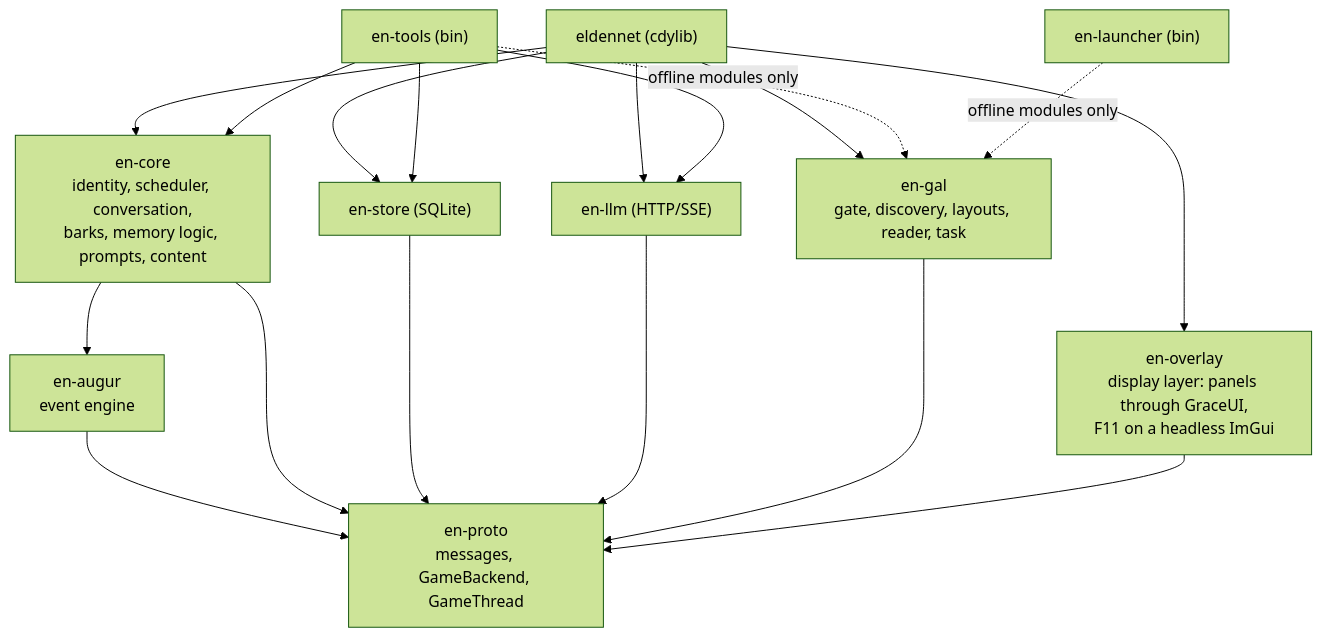
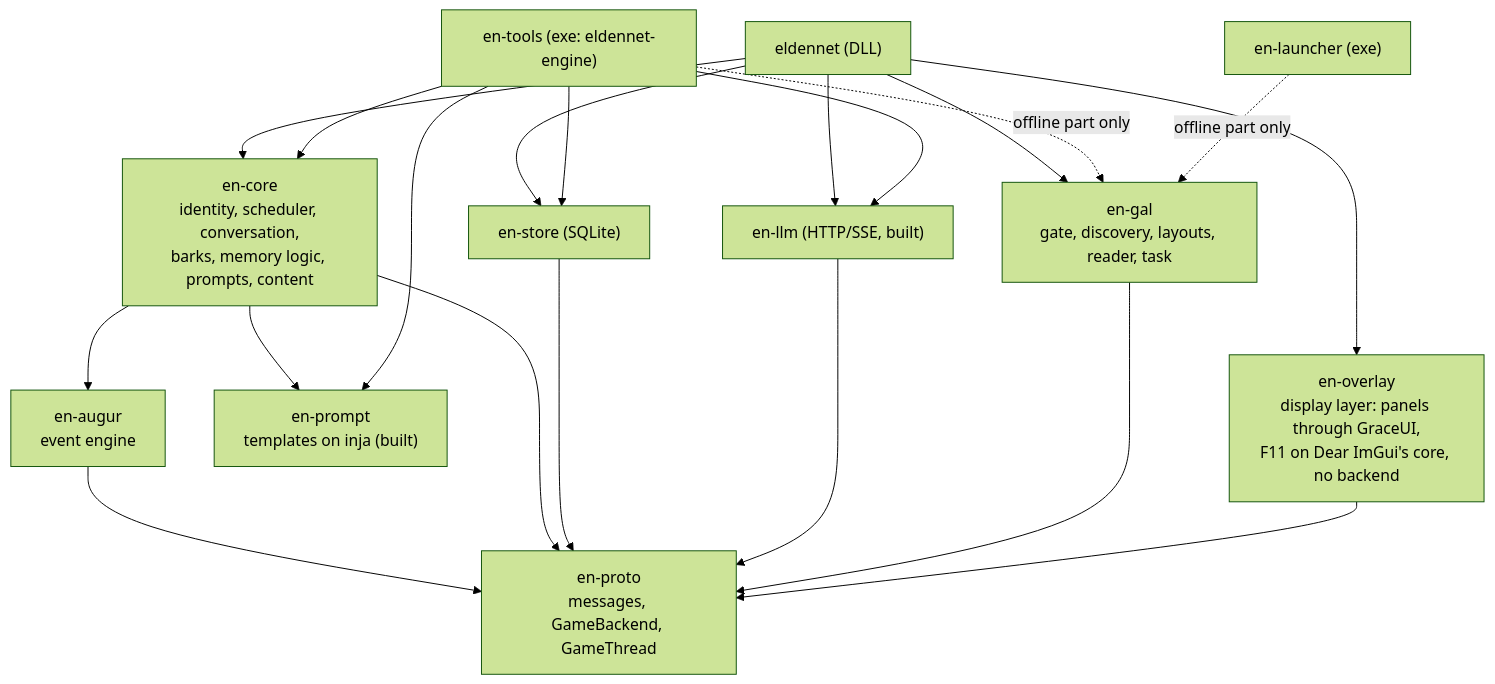
One commit to Pt0l3my/EldenNet changed the second of 5 diagrams in docs/design/DESIGN.md. Above: the diagram before and after it, drawn with Mermaid (forest theme). The commit also changed other lines of this file and 8 other files, not shown here.

````diff
--- a/docs/design/DESIGN.md
+++ b/docs/design/DESIGN.md
@@ -167,23 +187,24 @@
 ```mermaid
 flowchart TB
   PROTO["en-proto<br/>messages, GameBackend, GameThread"]
   AUG["en-augur<br/>event engine"]
+  PROMPT["en-prompt<br/>templates on inja (built)"]
   CORE["en-core<br/>identity, scheduler, conversation,<br/>barks, memory logic, prompts, content"]
   STORE["en-store (SQLite)"]
-  LLM["en-llm (HTTP/SSE)"]
+  LLM["en-llm (HTTP/SSE, built)"]
   GAL["en-gal<br/>gate, discovery, layouts, reader, task"]
-  OVL["en-overlay<br/>display layer: panels through GraceUI,<br/>F11 on a headless ImGui"]
-  DLL["eldennet (cdylib)"]
-  LAUNCH["en-launcher (bin)"]
-  TOOLS["en-tools (bin)"]
+  OVL["en-overlay<br/>display layer: panels through GraceUI,<br/>F11 on Dear ImGui's core, no backend"]
+  DLL["eldennet (DLL)"]
+  LAUNCH["en-launcher (exe)"]
+  TOOLS["en-tools (exe: eldennet-engine)"]
   AUG --> PROTO
-  CORE --> AUG & PROTO
+  CORE --> AUG & PROTO & PROMPT
   STORE --> PROTO
   LLM --> PROTO
   GAL --> PROTO
   OVL --> PROTO
   DLL --> CORE & GAL & OVL & STORE & LLM
-  TOOLS --> CORE & STORE & LLM
-  TOOLS -.->|"offline modules only"| GAL
-  LAUNCH -.->|"offline modules only"| GAL
+  TOOLS --> CORE & PROMPT & STORE & LLM
+  TOOLS -.->|"offline part only"| GAL
+  LAUNCH -.->|"offline part only"| GAL
 ```
````
